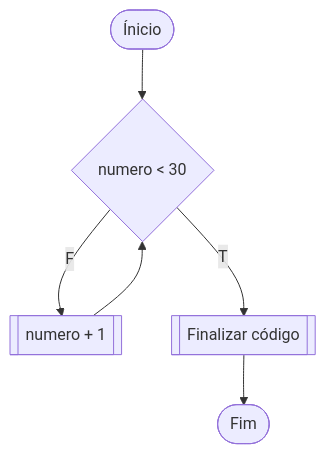
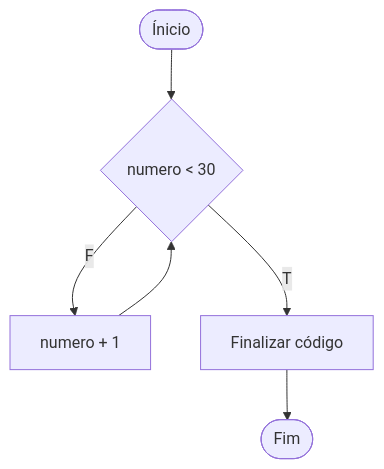
Before and after one commit to MozillaFirefox/UNIFOR: the diagram in numerosimparesepares.md, drawn with Mermaid.

````diff
--- a/numerosimparesepares.md
+++ b/numerosimparesepares.md
@@ -2,12 +2,12 @@
 ```mermaid
 
 flowchart TD
 
  A([Ínicio])-->B{numero < 30}
 
-B--F-->C[[numero + 1]]
+B--F-->C[numero + 1]
 C-->B
-B--T-->D[[Finalizar código]]
+B--T-->D[Finalizar código]
 D-->F([Fim])
 
 ```
````
